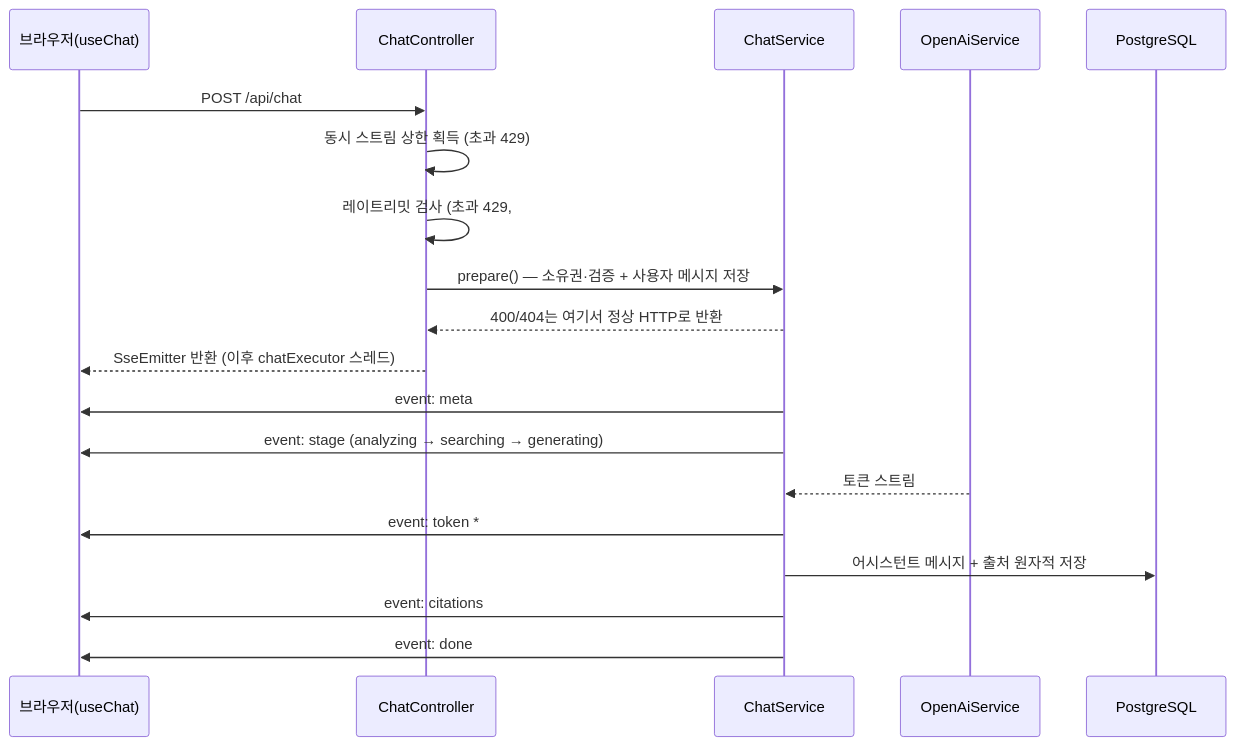
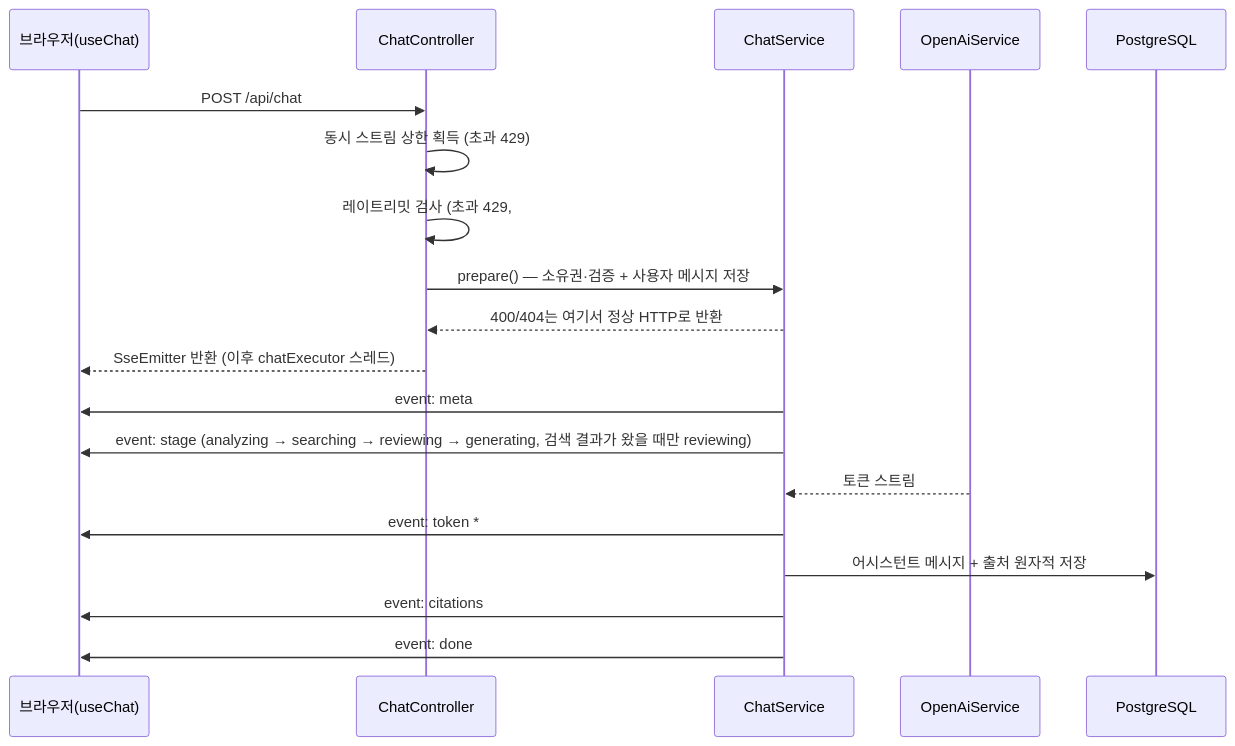
The second of 2 diagrams in docs/02_architecture/overview.md (changs0124/rag-chatbot), drawn with Mermaid before and after one commit. The commit also changed other lines of this file and 10 other files, not shown here.

````diff
--- a/docs/02_architecture/overview.md
+++ b/docs/02_architecture/overview.md
@@ -68,22 +70,22 @@
 ```mermaid
 sequenceDiagram
   participant U as 브라우저(useChat)
   participant C as ChatController
   participant S as ChatService
   participant O as OpenAiService
   participant DB as PostgreSQL
 
   U->>C: POST /api/chat
   C->>C: 동시 스트림 상한 획득 (초과 429)
   C->>C: 레이트리밋 검사 (초과 429, #96)
   C->>S: prepare() — 소유권·검증 + 사용자 메시지 저장
   S-->>C: 400/404는 여기서 정상 HTTP로 반환
   C-->>U: SseEmitter 반환 (이후 chatExecutor 스레드)
   S->>U: event: meta
-  S->>U: event: stage (analyzing → searching → generating)
+  S->>U: event: stage (analyzing → searching → reviewing → generating, 검색 결과가 왔을 때만 reviewing)
   O-->>S: 토큰 스트림
   S->>U: event: token *
   S->>DB: 어시스턴트 메시지 + 출처 원자적 저장
   S->>U: event: citations
   S->>U: event: done
 ```
````
